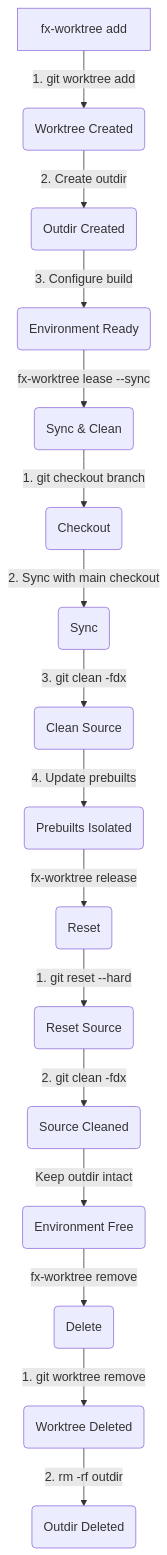
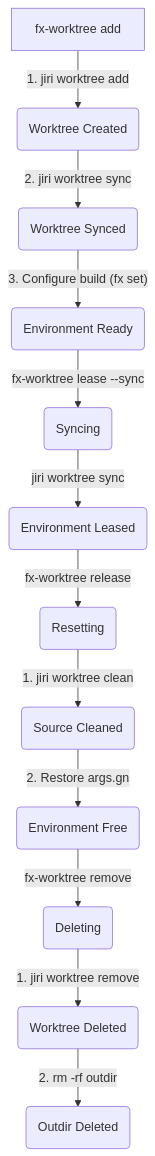
The diagram in README.md (aidanwolter3/fx-worktree), drawn with Mermaid before and after one commit. The commit also changed other lines of this file, not shown here.

````diff
--- a/README.md
+++ b/README.md
@@ -102,21 +68,17 @@
 ```mermaid
 graph TD
-    A["fx-worktree add"] -->|"1. git worktree add"| B("Worktree Created")
-    B -->|"2. Create outdir"| C("Outdir Created")
-    C -->|"3. Configure build"| D("Environment Ready")
+    A["fx-worktree add"] -->|"1. jiri worktree add"| B("Worktree Created")
+    B -->|"2. jiri worktree sync"| C("Worktree Synced")
+    C -->|"3. Configure build (fx set)"| D("Environment Ready")
 
-    D -->|"fx-worktree lease --sync"| E("Sync & Clean")
-    E -->|"1. git checkout branch"| F("Checkout")
-    F -->|"2. Sync with main checkout"| G("Sync")
-    G -->|"3. git clean -fdx"| H("Clean Source")
-    H -->|"4. Update prebuilts"| I("Prebuilts Isolated")
+    D -->|"fx-worktree lease --sync"| E("Syncing")
+    E -->|"jiri worktree sync"| F("Environment Leased")
 
-    I -->|"fx-worktree release"| J("Reset")
-    J -->|"1. git reset --hard"| K("Reset Source")
-    K -->|"2. git clean -fdx"| L("Source Cleaned")
-    L -->|"Keep outdir intact"| M("Environment Free")
+    F -->|"fx-worktree release"| G("Resetting")
+    G -->|"1. jiri worktree clean"| H("Source Cleaned")
+    H -->|"2. Restore args.gn"| I("Environment Free")
 
-    M -->|"fx-worktree remove"| N("Delete")
-    N -->|"1. git worktree remove"| O("Worktree Deleted")
-    O -->|"2. rm -rf outdir"| P("Outdir Deleted")
+    I -->|"fx-worktree remove"| J("Deleting")
+    J -->|"1. jiri worktree remove"| K("Worktree Deleted")
+    K -->|"2. rm -rf outdir"| L("Outdir Deleted")
 ```
````
